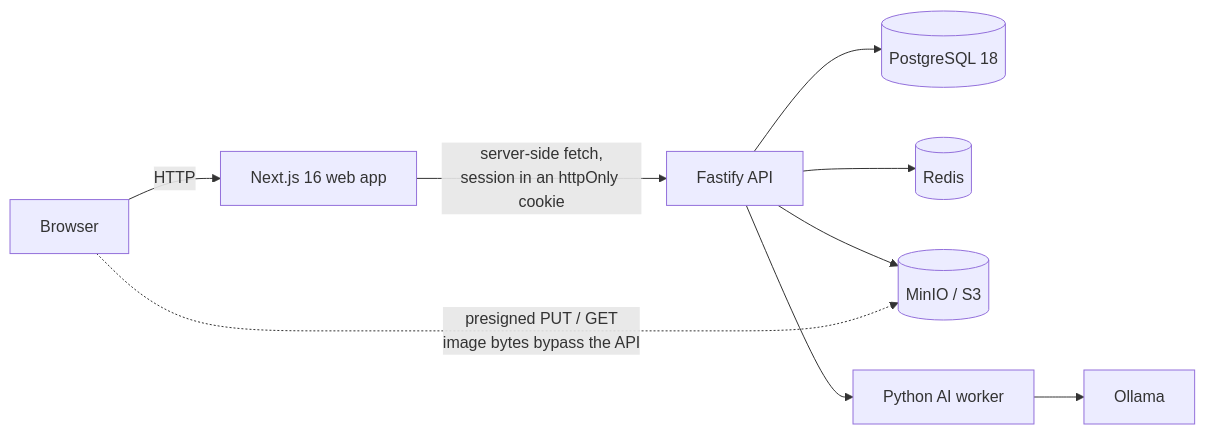
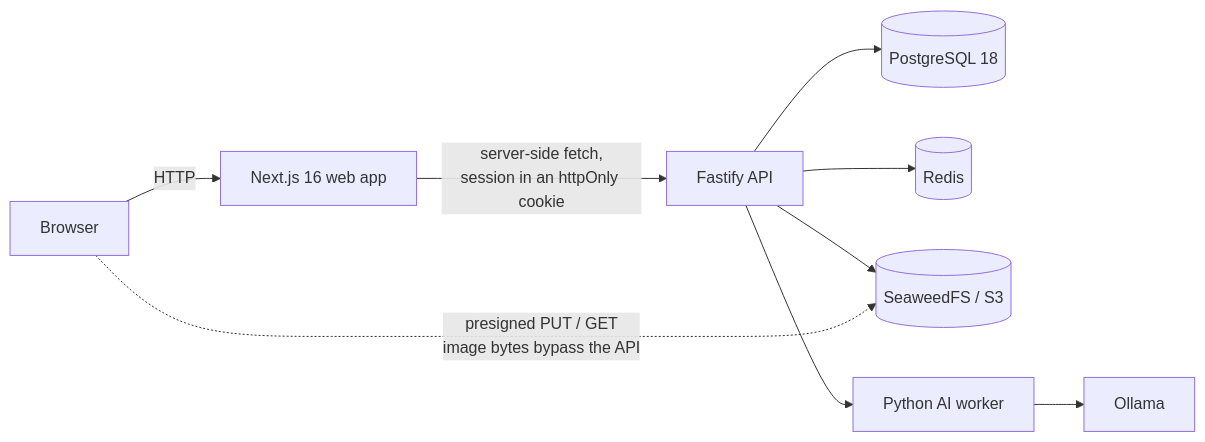
The diagram in README.md (ulasmango-cmd/localcanvas-ai), drawn with Mermaid before and after one commit. The commit also changed other lines of this file and 7 other files, not shown here.

````diff
--- a/README.md
+++ b/README.md
@@ -125,12 +148,12 @@
 ```mermaid
 flowchart LR
     Browser[Browser] -->|HTTP| Web[Next.js 16 web app]
     Web -->|"server-side fetch,<br/>session in an httpOnly cookie"| API[Fastify API]
     API --> DB[(PostgreSQL 18)]
     API --> Redis[(Redis)]
-    API --> MinIO[(MinIO / S3)]
+    API --> Store[(SeaweedFS / S3)]
     API --> Worker[Python AI worker]
     Worker --> Ollama[Ollama]
 
-    Browser -.->|"presigned PUT / GET<br/>image bytes bypass the API"| MinIO
+    Browser -.->|"presigned PUT / GET<br/>image bytes bypass the API"| Store
 ```
````
